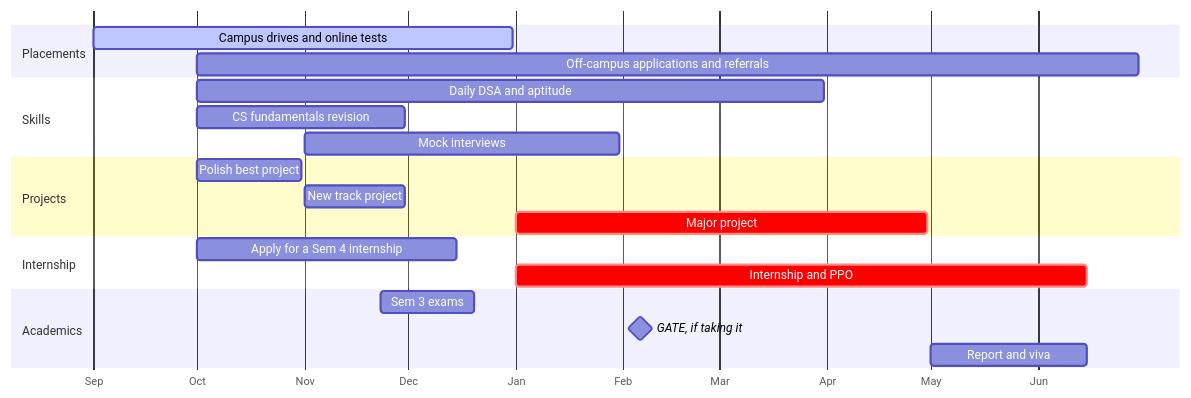
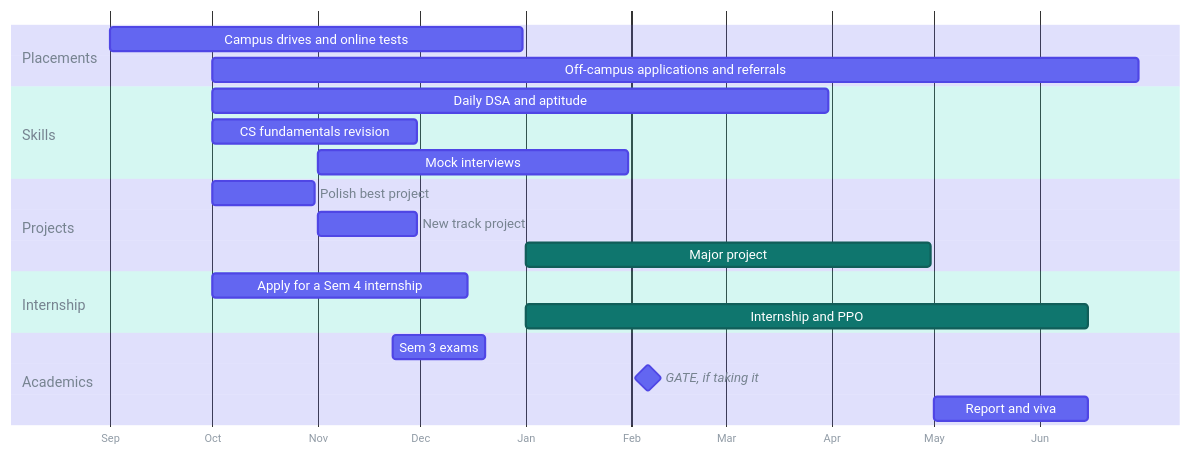
The diagram in README.md (abhigyan31/FG), drawn with Mermaid before and after one commit. The commit also changed other lines of this file and 1 other file, not shown here.

First line of the commit message:
Use plain nav links and a banner-matched timeline palette

````diff
--- a/README.md
+++ b/README.md
@@ -33,23 +33,24 @@
 ```mermaid
+%%{init: {"theme": "base", "themeVariables": {"sectionBkgColor": "#6366F1", "sectionBkgColor2": "#6366F1", "altSectionBkgColor": "#2DD4BF", "taskBkgColor": "#6366F1", "taskBorderColor": "#4F46E5", "taskTextColor": "#FFFFFF", "taskTextLightColor": "#FFFFFF", "taskTextDarkColor": "#768390", "taskTextOutsideColor": "#768390", "critBkgColor": "#0F766E", "critBorderColor": "#115E59", "gridColor": "#768390", "todayLineColor": "#F43F5E", "textColor": "#768390", "titleColor": "#768390"}, "gantt": {"barHeight": 22, "barGap": 6, "leftPadding": 90, "fontSize": 12, "sectionFontSize": 13}}}%%
 gantt
     dateFormat YYYY-MM-DD
     axisFormat %b
     section Placements
-    Campus drives and online tests        :active, 2026-09-01, 2026-12-31
+    Campus drives and online tests        :2026-09-01, 2026-12-31
     Off-campus applications and referrals :2026-10-01, 2027-06-30
     section Skills
     Daily DSA and aptitude                :2026-10-01, 2027-03-31
     CS fundamentals revision              :2026-10-01, 2026-11-30
     Mock interviews                       :2026-11-01, 2027-01-31
     section Projects
     Polish best project                   :2026-10-01, 2026-10-31
     New track project                     :2026-11-01, 2026-11-30
     Major project                         :crit, 2027-01-01, 2027-04-30
     section Internship
     Apply for a Sem 4 internship          :2026-10-01, 2026-12-15
     Internship and PPO                    :crit, 2027-01-01, 2027-06-15
     section Academics
     Sem 3 exams                           :2026-11-23, 2026-12-20
     GATE, if taking it                    :milestone, 2027-02-06, 0d
     Report and viva                       :2027-05-01, 2027-06-15
 ```
````
